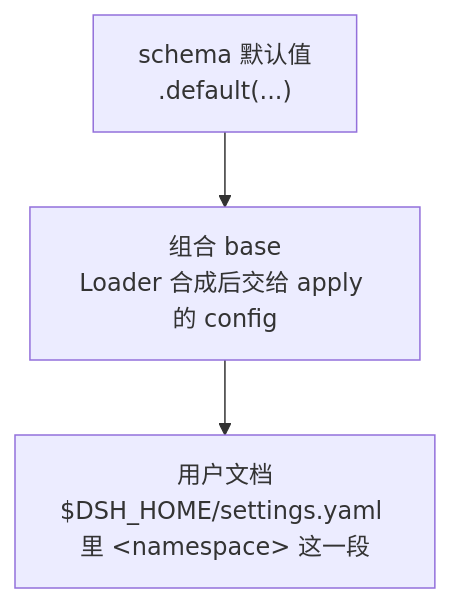
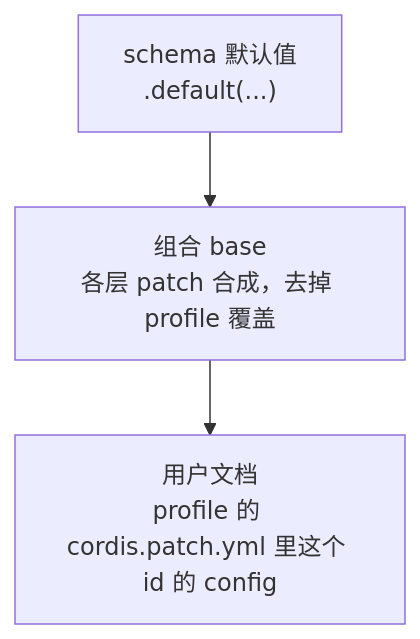
The second of 2 diagrams in dsh 插件开发学习/14-把插件配置搬进设置页.md (anthonyzhao-4926/blog), drawn with Mermaid before and after one commit. The commit also changed other lines of this file and 16 other files, not shown here.

````diff
--- a/dsh 插件开发学习/14-把插件配置搬进设置页.md
+++ b/dsh 插件开发学习/14-把插件配置搬进设置页.md
@@ -693,5 +433,5 @@
 ```mermaid
 flowchart TD
-    A["schema 默认值<br/>.default(...)"] --> B["组合 base<br/>Loader 合成后交给 apply 的 config"]
-    B --> C["用户文档<br/>$DSH_HOME/settings.yaml 里 &lt;namespace&gt; 这一段"]
+    A["schema 默认值<br/>.default(...)"] --> B["组合 base<br/>各层 patch 合成，去掉 profile 覆盖"]
+    B --> C["用户文档<br/>profile 的 cordis.patch.yml 里这个 id 的 config"]
 ```
````
